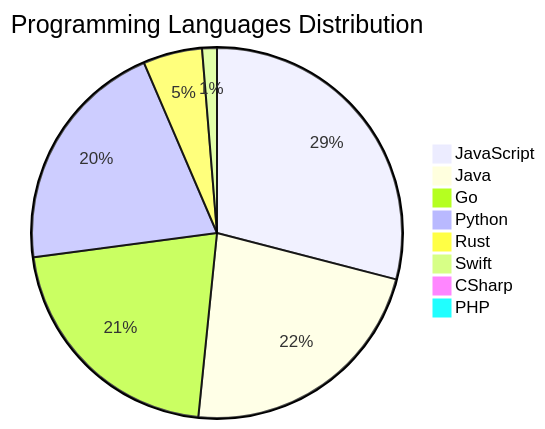
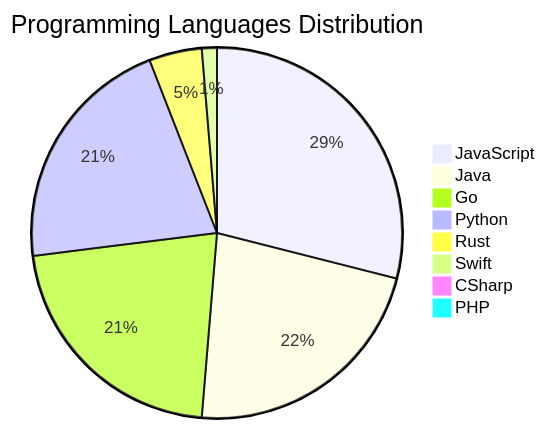
Before and after one commit to Derrick-MUGISHA/github-activity-bot: the diagram in README.md, drawn with Mermaid. The commit also changed other lines of this file and 4 other files, not shown here.

````diff
--- a/README.md
+++ b/README.md
@@ -208,11 +208,11 @@
 ```mermaid
 pie title Programming Languages Distribution
-    "JavaScript" : 45
-    "Java" : 35
+    "JavaScript" : 44
+    "Java" : 34
     "Go" : 33
     "Python" : 32
-    "Rust" : 8
+    "Rust" : 7
     "Swift" : 2
     "CSharp" : 1
     "PHP" : 1
 ```
````
